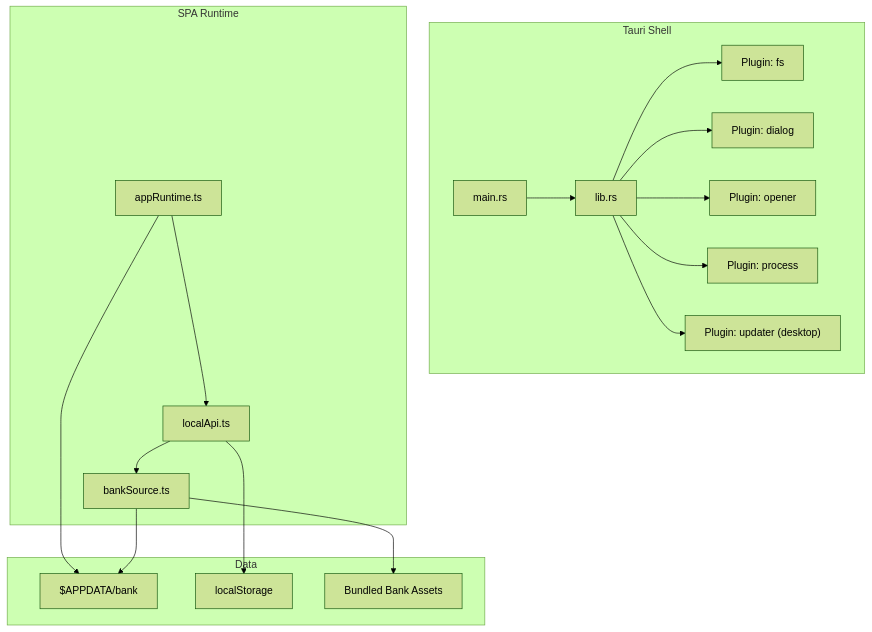
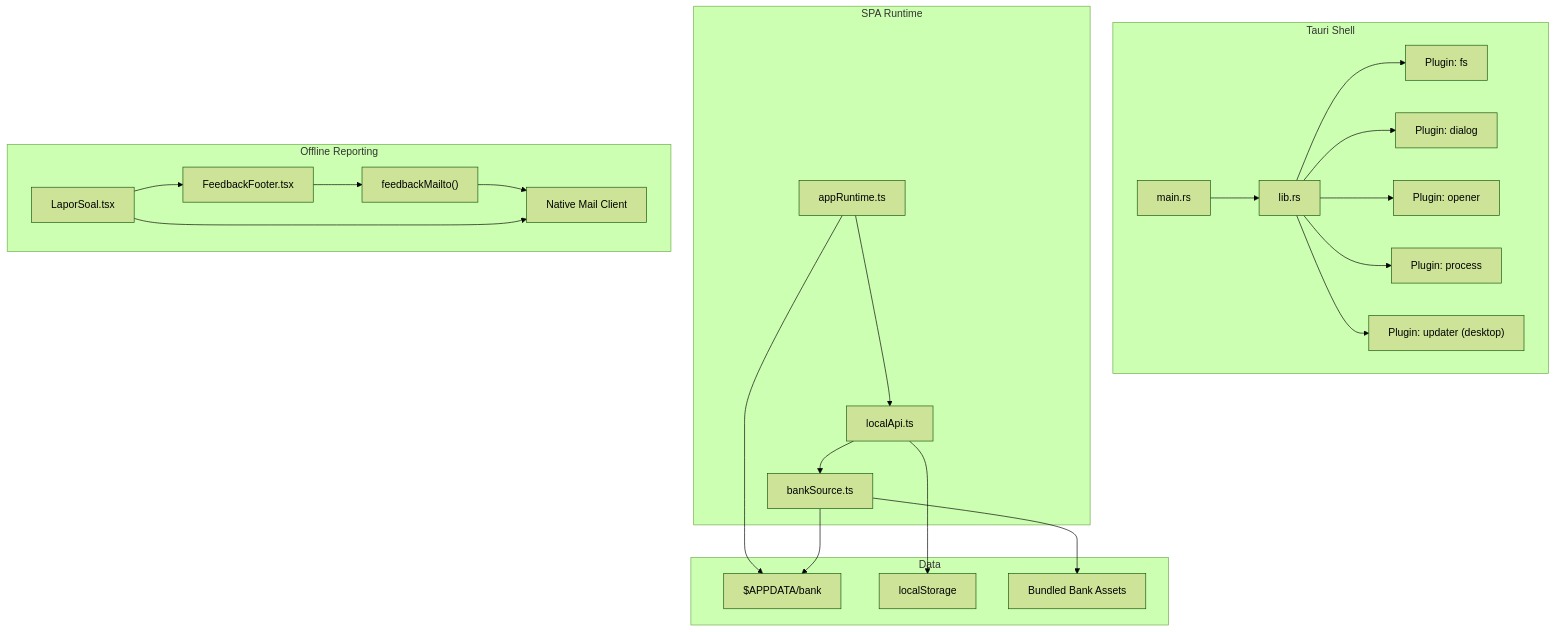
One commit to muhammadhabibullah/tbs-lpdp changed the second of 10 diagrams in .qoder/repowiki/en/content/Desktop and Mobile Applications/Tauri Application Shell.md. Above: the diagram before and after it, drawn with Mermaid (forest theme). The commit also changed other lines of this file and 88 other files, not shown here.

````diff
--- a/.qoder/repowiki/en/content/Desktop and Mobile Applications/Tauri Application Shell.md
+++ b/.qoder/repowiki/en/content/Desktop and Mobile Applications/Tauri Application Shell.md
@@ -89,24 +106,30 @@
 ```mermaid
 graph TB
 subgraph "Tauri Shell"
 M["main.rs"] --> L["lib.rs"]
 L --> P1["Plugin: fs"]
 L --> P2["Plugin: dialog"]
 L --> P3["Plugin: opener"]
 L --> P4["Plugin: process"]
 L --> P5["Plugin: updater (desktop)"]
 end
 subgraph "SPA Runtime"
 R["appRuntime.ts"] --> LA["localApi.ts"]
 LA --> BS["bankSource.ts"]
 end
+subgraph "Offline Reporting"
+FR["FeedbackFooter.tsx"] --> FM["feedbackMailto()"]
+RS["LaporSoal.tsx"] --> FR
+FM --> MC["Native Mail Client"]
+end
 subgraph "Data"
 FS["$APPDATA/bank"]
 LS["localStorage"]
 BA["Bundled Bank Assets"]
 end
 R --> FS
 LA --> LS
 BS --> FS
 BS --> BA
+RS --> MC
 ```
````
